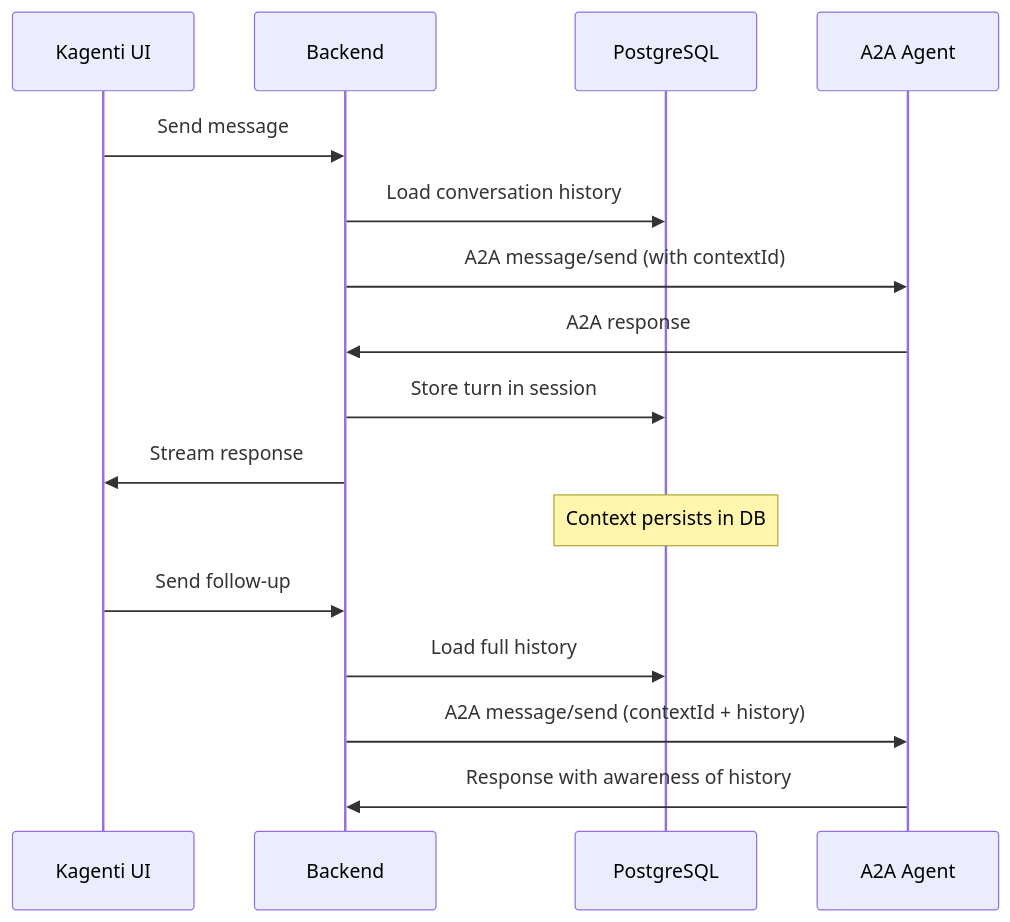
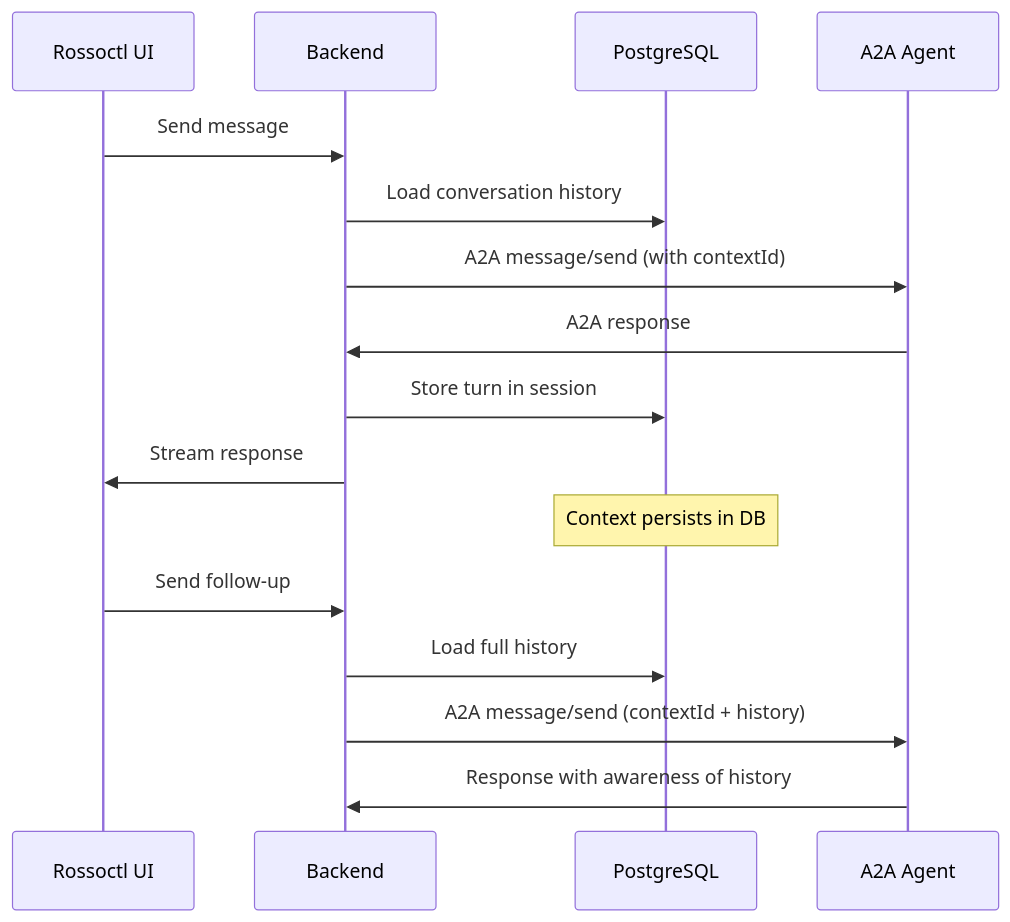
The second of 4 diagrams in docs/agentic-runtime/conversation-and-hitl.md (kagenti/kagenti), drawn with Mermaid before and after one commit. The commit also changed other lines of this file and 1316 other files, not shown here.

First line of the commit message:
⚠️ Rename Kagenti → Rossoctl across the flagship repo (→ rossoctl)

````diff
--- a/docs/agentic-runtime/conversation-and-hitl.md
+++ b/docs/agentic-runtime/conversation-and-hitl.md
@@ -42,19 +42,19 @@
 ```mermaid
 sequenceDiagram
-    participant UI as Kagenti UI
+    participant UI as Rossoctl UI
     participant BE as Backend
     participant DB as PostgreSQL
     participant Agent as A2A Agent
 
     UI->>BE: Send message
     BE->>DB: Load conversation history
     BE->>Agent: A2A message/send (with contextId)
     Agent->>BE: A2A response
     BE->>DB: Store turn in session
     BE->>UI: Stream response
     Note over DB: Context persists in DB
     UI->>BE: Send follow-up
     BE->>DB: Load full history
     BE->>Agent: A2A message/send (contextId + history)
     Agent->>BE: Response with awareness of history
 ```
````
